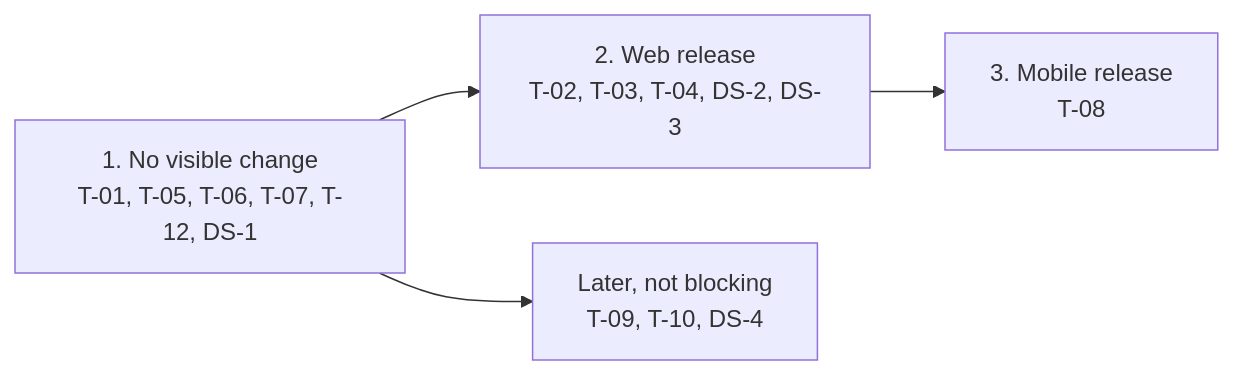
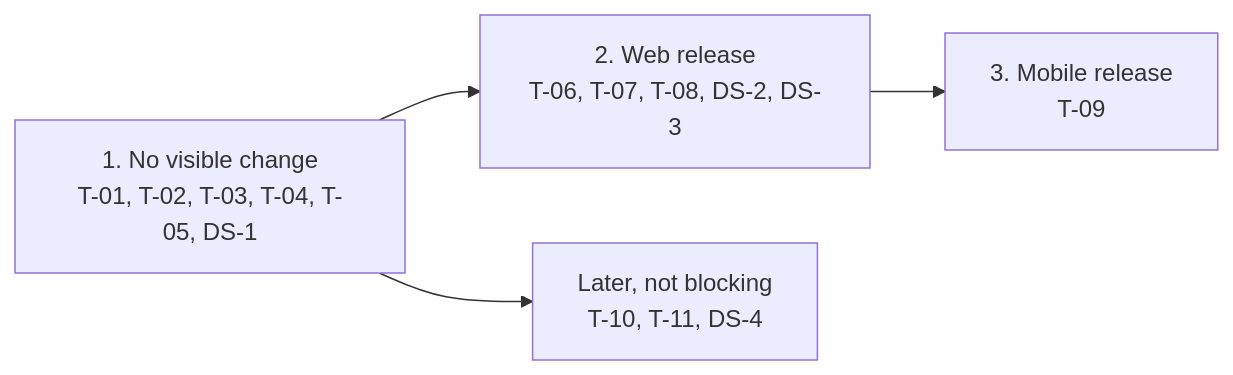
The diagram in docs/adr/0114-delegated-mailbox-access.md (linagora/tmail-flutter), drawn with Mermaid before and after one commit. The commit also changed other lines of this file, not shown here.

````diff
--- a/docs/adr/0114-delegated-mailbox-access.md
+++ b/docs/adr/0114-delegated-mailbox-access.md
@@ -131,5 +131,5 @@
 ```mermaid
 flowchart LR
-  S1["1. No visible change<br/>T-01, T-05, T-06, T-07, T-12, DS-1"] --> S2["2. Web release<br/>T-02, T-03, T-04, DS-2, DS-3"] --> S3["3. Mobile release<br/>T-08"]
-  S1 --> S4["Later, not blocking<br/>T-09, T-10, DS-4"]
+  S1["1. No visible change<br/>T-01, T-02, T-03, T-04, T-05, DS-1"] --> S2["2. Web release<br/>T-06, T-07, T-08, DS-2, DS-3"] --> S3["3. Mobile release<br/>T-09"]
+  S1 --> S4["Later, not blocking<br/>T-10, T-11, DS-4"]
 ```
````
